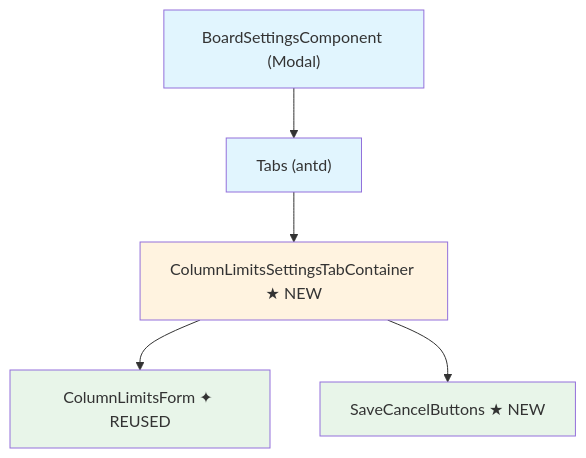
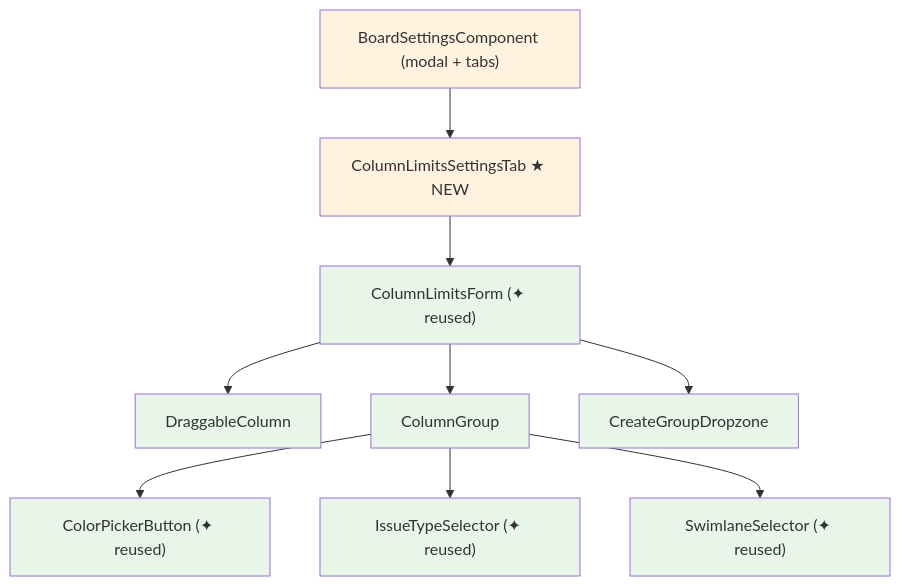
Before and after one commit to jira-helper/jira-helper: the third of 3 diagrams in .agents/tasks/column-wip-inline/target-design.md, drawn with Mermaid. The commit also changed other lines of this file and 48 other files, not shown here.

First line of the commit message:
[#230] feat(column-limits): add CONWIP settings tab to board page Jira Helper panel

````diff
--- a/.agents/tasks/column-wip-inline/target-design.md
+++ b/.agents/tasks/column-wip-inline/target-design.md
@@ -129,22 +121,38 @@
 ```mermaid
 graph TD
-    A["BoardSettingsComponent (Modal)"]
-    style A fill:#e1f5fe
+    A["BoardSettingsComponent (modal + tabs)"]
+    style A fill:#fff3e0
 
-    B["Tabs (antd)"]
-    style B fill:#e1f5fe
+    B["ColumnLimitsSettingsTab ★ NEW"]
+    style B fill:#fff3e0
 
-    C["ColumnLimitsSettingsTabContainer ★ NEW"]
-    style C fill:#fff3e0
+    C["ColumnLimitsForm (✦ reused)"]
+    style C fill:#e8f5e9
 
-    D["ColumnLimitsForm ✦ REUSED"]
+    D["DraggableColumn"]
     style D fill:#e8f5e9
 
-    E["SaveCancelButtons ★ NEW"]
+    E["ColumnGroup"]
     style E fill:#e8f5e9
+
+    F["CreateGroupDropzone"]
+    style F fill:#e8f5e9
+
+    G["ColorPickerButton (✦ reused)"]
+    style G fill:#e8f5e9
+
+    H["IssueTypeSelector (✦ reused)"]
+    style H fill:#e8f5e9
+
+    I["SwimlaneSelector (✦ reused)"]
+    style I fill:#e8f5e9
 
     A --> B
     B --> C
     C --> D
     C --> E
+    C --> F
+    E --> G
+    E --> H
+    E --> I
 ```
````
